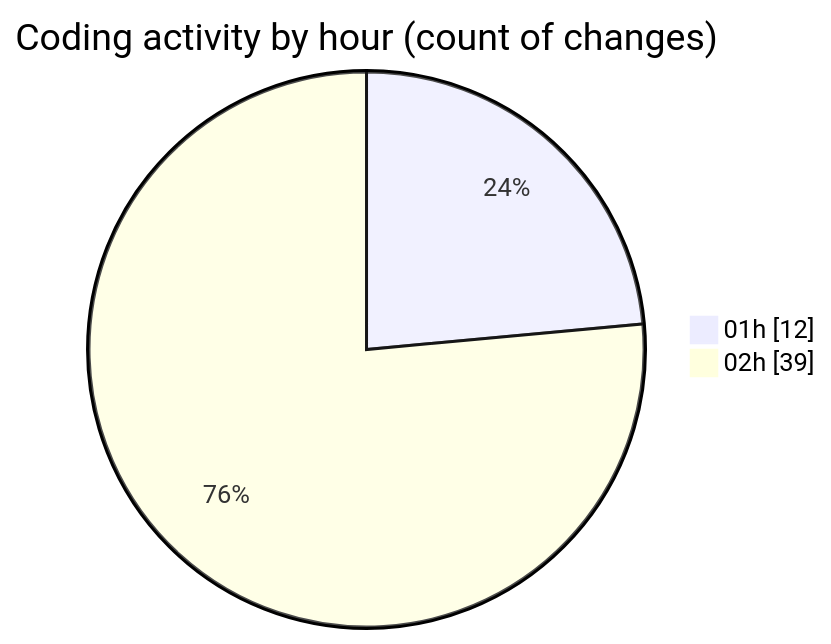
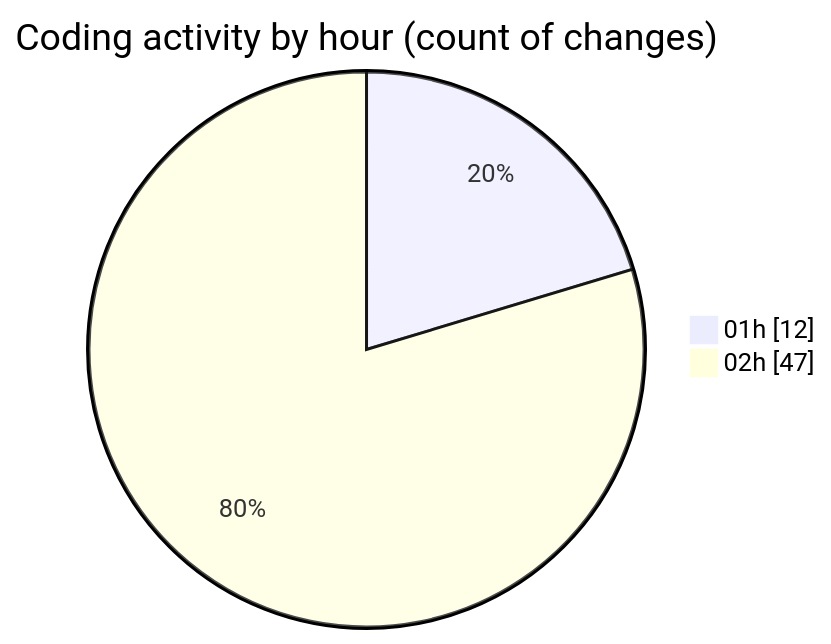
Before and after one commit to julien-gomy/code-tracking: the second of 2 diagrams in 2025-10-24/eventscop-frontend-guide__workspace_/README.md, drawn with Mermaid. The commit also changed other lines of this file and 1 other file, not shown here.

````diff
--- a/2025-10-24/eventscop-frontend-guide__workspace_/README.md
+++ b/2025-10-24/eventscop-frontend-guide__workspace_/README.md
@@ -46,6 +46,6 @@
 ```mermaid
 pie showData
 title Coding activity by hour (count of changes)
 "01h" : 12
-"02h" : 39
+"02h" : 47
 ```
````
